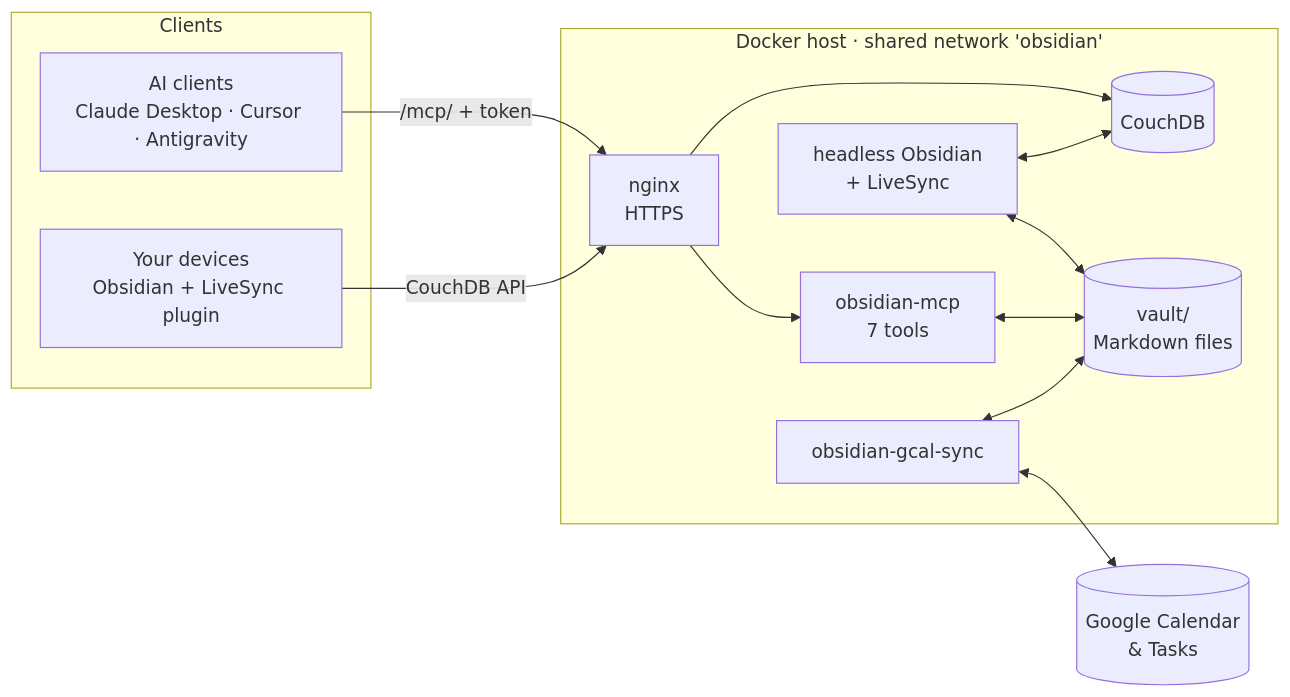
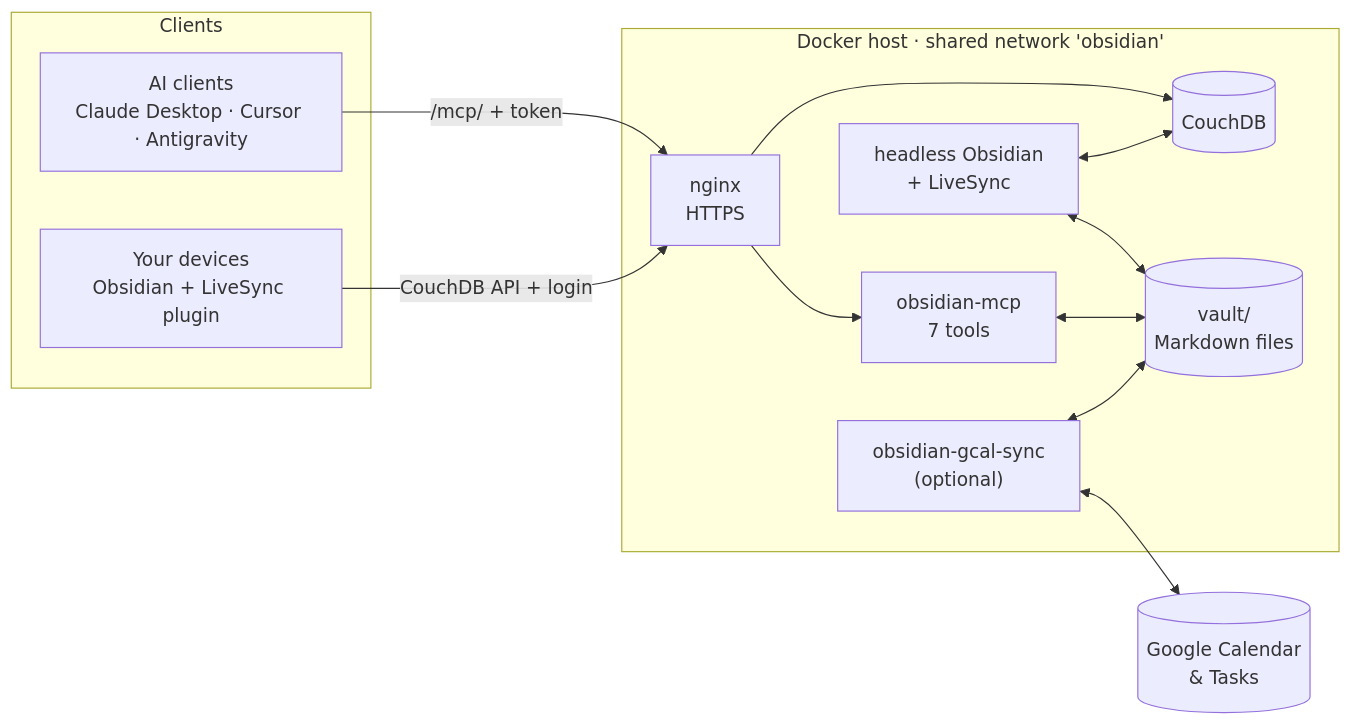
One commit to prod-explore/OBSIDIAN-LIVESYNC changed the diagram in README.md. Above: the diagram before and after it, drawn with Mermaid. The commit also changed other lines of this file and 1 other file, not shown here.

````diff
--- a/README.md
+++ b/README.md
@@ -31,23 +22,23 @@
 ```mermaid
 flowchart LR
   subgraph Clients
     AI["AI clients<br/>Claude Desktop · Cursor · Antigravity"]
     DEV["Your devices<br/>Obsidian + LiveSync plugin"]
   end
   subgraph Host["Docker host · shared network 'obsidian'"]
     PROXY["nginx<br/>HTTPS"]
     MCP["obsidian-mcp<br/>7 tools"]
     COUCH[("CouchDB")]
     OBS["headless Obsidian<br/>+ LiveSync"]
-    GSYNC["obsidian-gcal-sync"]
+    GSYNC["obsidian-gcal-sync<br/>(optional)"]
     VAULT[("vault/<br/>Markdown files")]
   end
   GOOGLE[("Google Calendar<br/>& Tasks")]
   AI -- "/mcp/ + token" --> PROXY --> MCP
-  DEV -- "CouchDB API" --> PROXY --> COUCH
+  DEV -- "CouchDB API + login" --> PROXY --> COUCH
   OBS <--> COUCH
   OBS <--> VAULT
   MCP <--> VAULT
   GSYNC <--> VAULT
   GSYNC <--> GOOGLE
 ```
````
